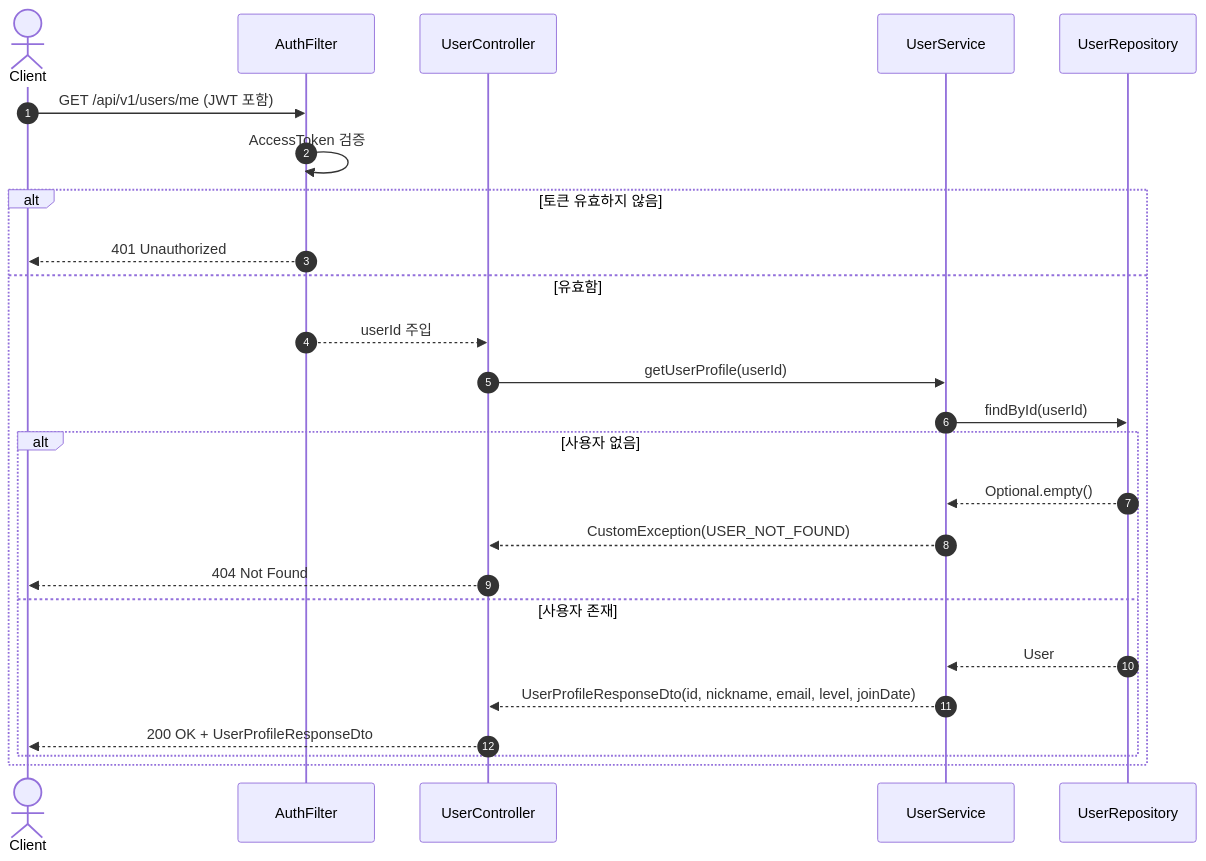
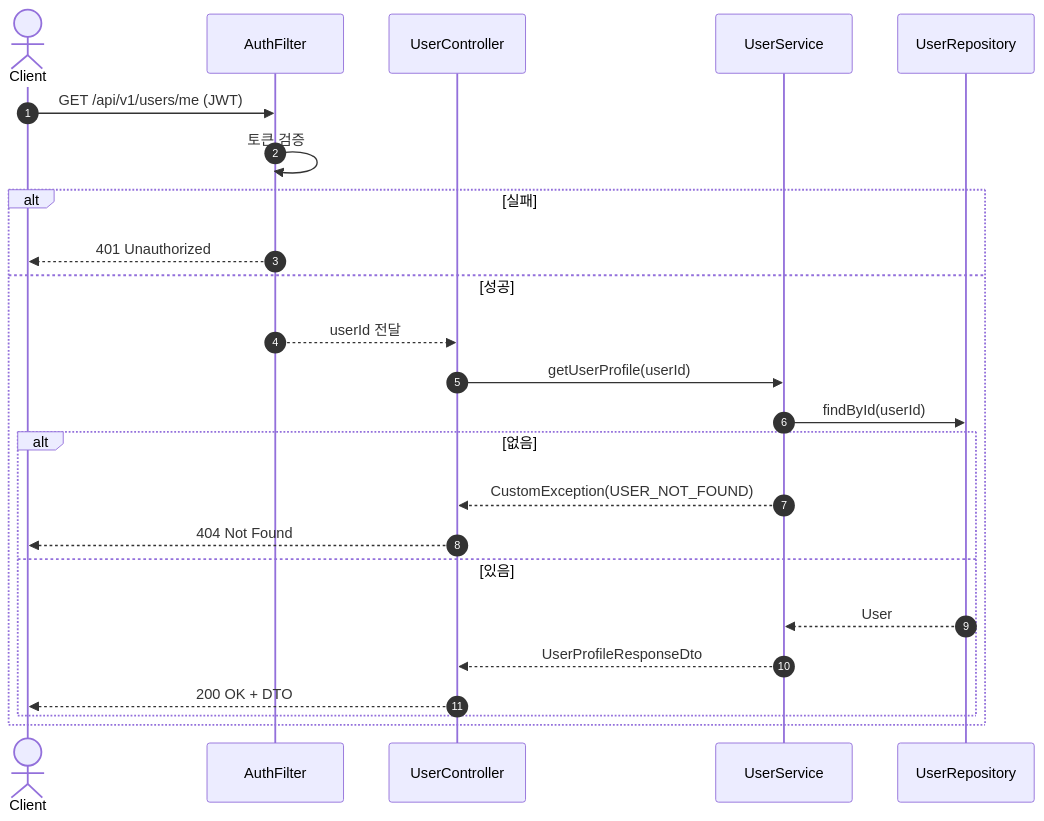
Diagram 22 of 36 in SDS/4_Sequence_diagram.md (2025-YU-SE-Project/Starlet_doc), drawn with Mermaid before and after one commit. The commit also changed other lines of this file, not shown here.

Commit message:
[UPDATE] 시퀀스 다이어그램

````diff
--- a/SDS/4_Sequence_diagram.md
+++ b/SDS/4_Sequence_diagram.md
@@ -1678,28 +1638,28 @@
 ```mermaid
 sequenceDiagram
     autonumber
     actor Client as Client
     participant AF as AuthFilter
     participant UC as UserController
     participant US as UserService
     participant UR as UserRepository
 
-    Client->>AF: GET /api/v1/users/me (JWT 포함)
-    AF->>AF: AccessToken 검증
-    alt 토큰 유효하지 않음
+    Client->>AF: GET /api/v1/users/me (JWT)
+    AF->>AF: 토큰 검증
+    alt 실패
         AF-->>Client: 401 Unauthorized
-    else 유효함
-        AF-->>UC: userId 주입
+    else 성공
+        AF-->>UC: userId 전달
         UC->>US: getUserProfile(userId)
         US->>UR: findById(userId)
-        alt 사용자 없음
-            UR-->>US: Optional.empty()
+        alt 없음
             US-->>UC: CustomException(USER_NOT_FOUND)
             UC-->>Client: 404 Not Found
-        else 사용자 존재
+        else 있음
             UR-->>US: User
-            US-->>UC: UserProfileResponseDto(id, nickname, email, level, joinDate)
-            UC-->>Client: 200 OK + UserProfileResponseDto
+            US-->>UC: UserProfileResponseDto
+            UC-->>Client: 200 OK + DTO
         end
     end
+
 ```
````
